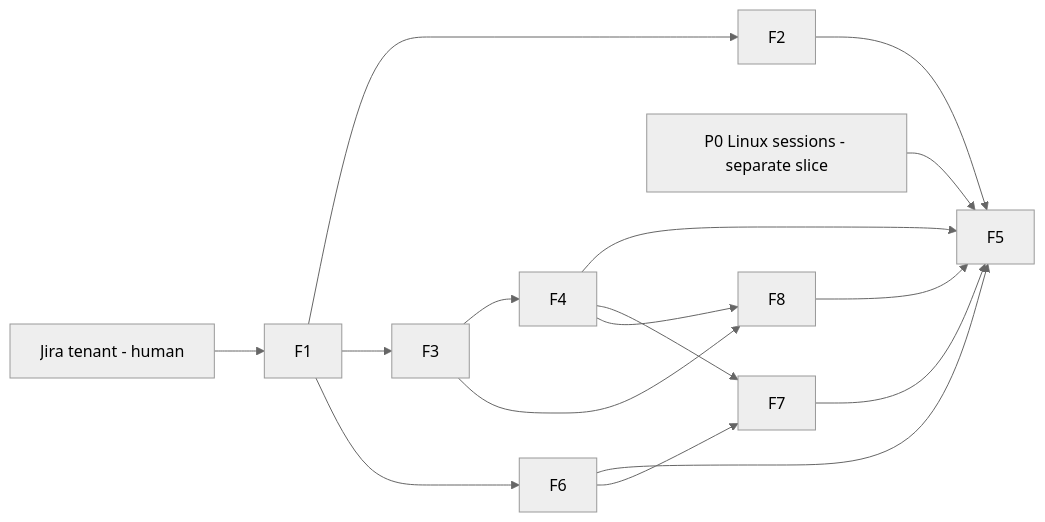
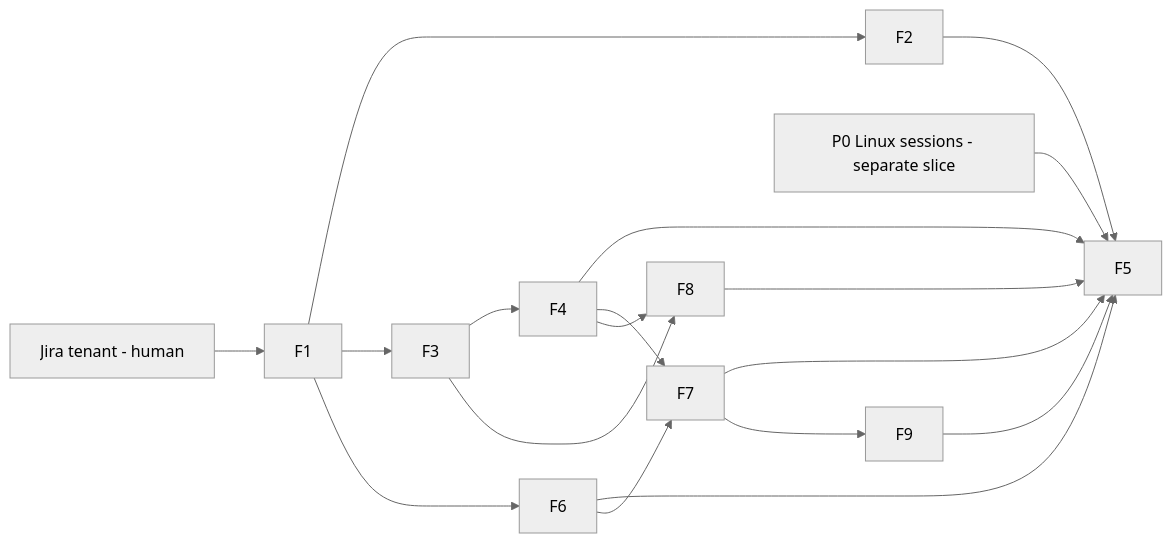
One commit to sensei-hq/sensei changed the diagram in docs/plans/2026-10-15-tracker-jira-linkage.md. Above: the diagram before and after it, drawn with Mermaid (neutral theme). The commit also changed other lines of this file and 16 other files, not shown here.

````diff
--- a/docs/plans/2026-10-15-tracker-jira-linkage.md
+++ b/docs/plans/2026-10-15-tracker-jira-linkage.md
@@ -130,17 +140,19 @@
 ```mermaid
 graph LR
   T[Jira tenant - human] --> F1
   F1 --> F2
   F1 --> F3 --> F4
   P0[P0 Linux sessions - separate slice] --> F5
   F2 --> F5
   F4 --> F5
   F1 --> F6
   F6 --> F5
   F4 --> F7
   F6 --> F7
   F7 --> F5
   F3 --> F8
   F4 --> F8
   F8 --> F5
+  F7 --> F9
+  F9 --> F5
 ```
````
